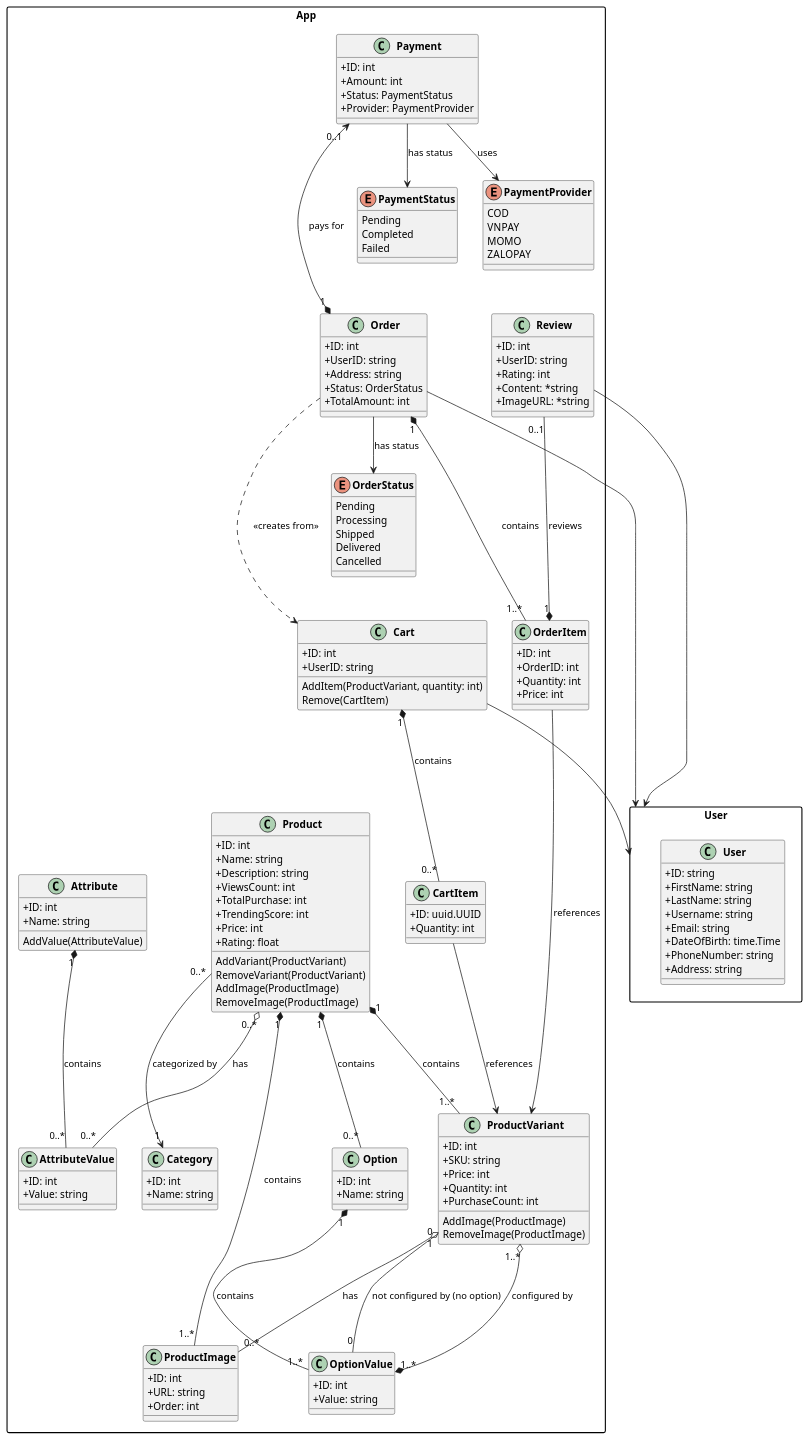
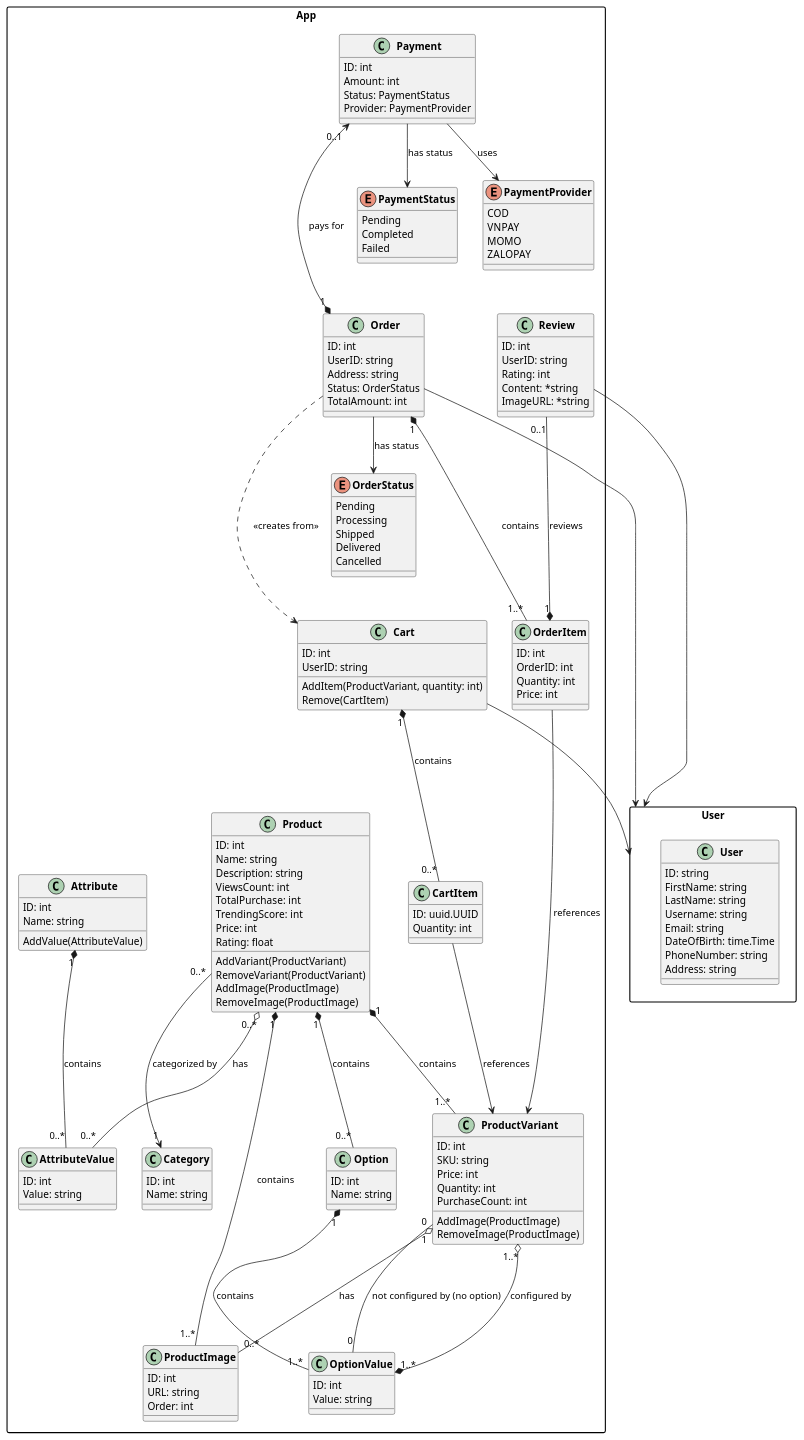
The diagram in docs/software-docs/class/index.md (electricilies/electricilies.github.io), drawn with PlantUML before and after one commit.

Commit message:
chore(class): no private field

```diff
--- a/docs/software-docs/class/index.md
+++ b/docs/software-docs/class/index.md
@@ -11,14 +11,14 @@
 
 package "User" {
     class User {
-        +ID: string
-        +FirstName: string
-        +LastName: string
-        +Username: string
-        +Email: string
-        +DateOfBirth: time.Time
-        +PhoneNumber: string
-        +Address: string
+        ID: string
+        FirstName: string
+        LastName: string
+        Username: string
+        Email: string
+        DateOfBirth: time.Time
+        PhoneNumber: string
+        Address: string
     }
 }
 
@@ -26,20 +26,20 @@
 
     ' ----- Category -----
     class Category {
-        +ID: int
-        +Name: string
+        ID: int
+        Name: string
     }
 
     ' ----- Product and Related -----
     class Product {
-        +ID: int
-        +Name: string
-        +Description: string
-        +ViewsCount: int
-        +TotalPurchase: int
-        +TrendingScore: int
-        +Price: int
-        +Rating: float
+        ID: int
+        Name: string
+        Description: string
+        ViewsCount: int
+        TotalPurchase: int
+        TrendingScore: int
+        Price: int
+        Rating: float
         AddVariant(ProductVariant)
         RemoveVariant(ProductVariant)
         AddImage(ProductImage)
@@ -47,62 +47,62 @@
     }
 
     class Option {
-        +ID: int
-        +Name: string
+        ID: int
+        Name: string
     }
 
     class OptionValue {
-        +ID: int
-        +Value: string
+        ID: int
+        Value: string
     }
 
     class ProductVariant {
-        +ID: int
-        +SKU: string
-        +Price: int
-        +Quantity: int
-        +PurchaseCount: int
+        ID: int
+        SKU: string
+        Price: int
+        Quantity: int
+        PurchaseCount: int
         AddImage(ProductImage)
         RemoveImage(ProductImage)
     }
 
     class ProductImage {
-        +ID: int
-        +URL: string
-        +Order: int
+        ID: int
+        URL: string
+        Order: int
     }
 
     class Attribute {
-        +ID: int
-        +Name: string
+        ID: int
+        Name: string
         AddValue(AttributeValue)
     }
 
     class AttributeValue {
-        +ID: int
-        +Value: string
+        ID: int
+        Value: string
     }
 
     ' ----- Cart -----
     class Cart {
-        +ID: int
-        +UserID: string
+        ID: int
+        UserID: string
         AddItem(ProductVariant, quantity: int)
         Remove(CartItem)
     }
 
     class CartItem {
-        +ID: uuid.UUID
-        +Quantity: int
+        ID: uuid.UUID
+        Quantity: int
     }
 
     ' ----- Order -----
     class Order {
-        +ID: int
-        +UserID: string
-        +Address: string
-        +Status: OrderStatus
-        +TotalAmount: int
+        ID: int
+        UserID: string
+        Address: string
+        Status: OrderStatus
+        TotalAmount: int
     }
 
     enum OrderStatus {
@@ -114,18 +114,18 @@
     }
 
     class OrderItem {
-        +ID: int
-        +OrderID: int
-        +Quantity: int
-        +Price: int
+        ID: int
+        OrderID: int
+        Quantity: int
+        Price: int
     }
 
     ' ----- Payment -----
     class Payment {
-        +ID: int
-        +Amount: int
-        +Status: PaymentStatus
-        +Provider: PaymentProvider
+        ID: int
+        Amount: int
+        Status: PaymentStatus
+        Provider: PaymentProvider
     }
 
     enum PaymentStatus {
@@ -143,11 +143,11 @@
 
     ' ----- Review -----
     class Review {
-        +ID: int
-        +UserID: string
-        +Rating: int
-        +Content: *string
-        +ImageURL: *string
+        ID: int
+        UserID: string
+        Rating: int
+        Content: *string
+        ImageURL: *string
     }
 
     ' ===== Relationships =====
```
